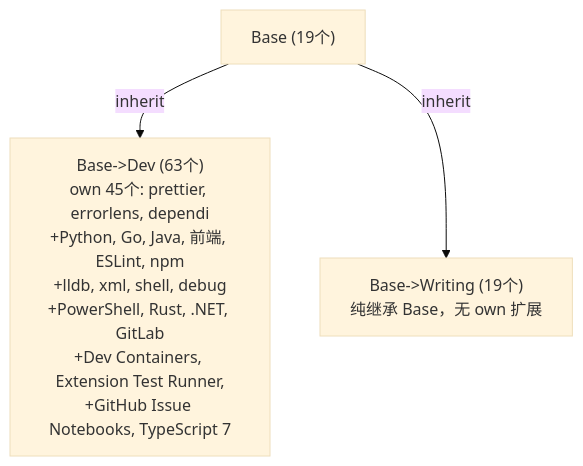
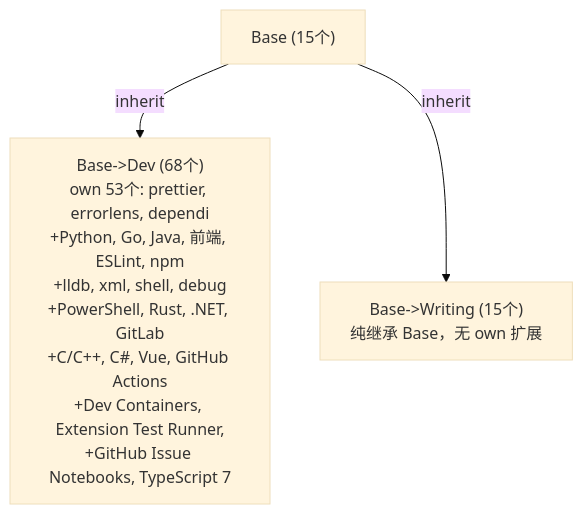
Before and after one commit to luotianyiismywife/inherit-profile: the diagram in vscode配置文件及其配置明细(开发者自用).md, drawn with Mermaid (base theme). The commit also changed other lines of this file and 5 other files, not shown here.

````diff
--- a/vscode配置文件及其配置明细(开发者自用).md
+++ b/vscode配置文件及其配置明细(开发者自用).md
@@ -270,9 +266,9 @@
 ```mermaid
 graph TB
-    Base["Base (19个)"]
-    Dev["Base->Dev (63个)<br/>own 45个: prettier, errorlens, dependi<br/>+Python, Go, Java, 前端, ESLint, npm<br/>+lldb, xml, shell, debug<br/>+PowerShell, Rust, .NET, GitLab<br/>+Dev Containers, Extension Test Runner,<br/>+GitHub Issue Notebooks, TypeScript 7"]
-    Writing["Base->Writing (19个)<br/>纯继承 Base，无 own 扩展"]
+    Base["Base (15个)"]
+    Dev["Base->Dev (68个)<br/>own 53个: prettier, errorlens, dependi<br/>+Python, Go, Java, 前端, ESLint, npm<br/>+lldb, xml, shell, debug<br/>+PowerShell, Rust, .NET, GitLab<br/>+C/C++, C#, Vue, GitHub Actions<br/>+Dev Containers, Extension Test Runner,<br/>+GitHub Issue Notebooks, TypeScript 7"]
+    Writing["Base->Writing (15个)<br/>纯继承 Base，无 own 扩展"]
 
     Base -->|inherit| Dev
     Base -->|inherit| Writing
 ```
````
